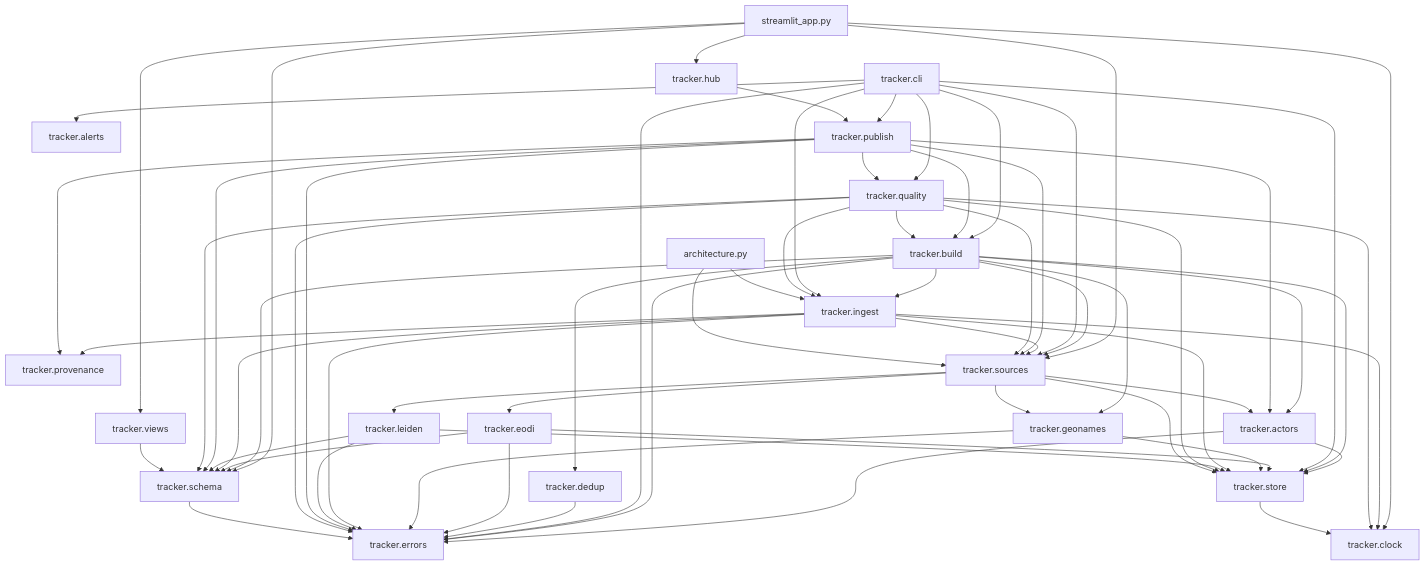
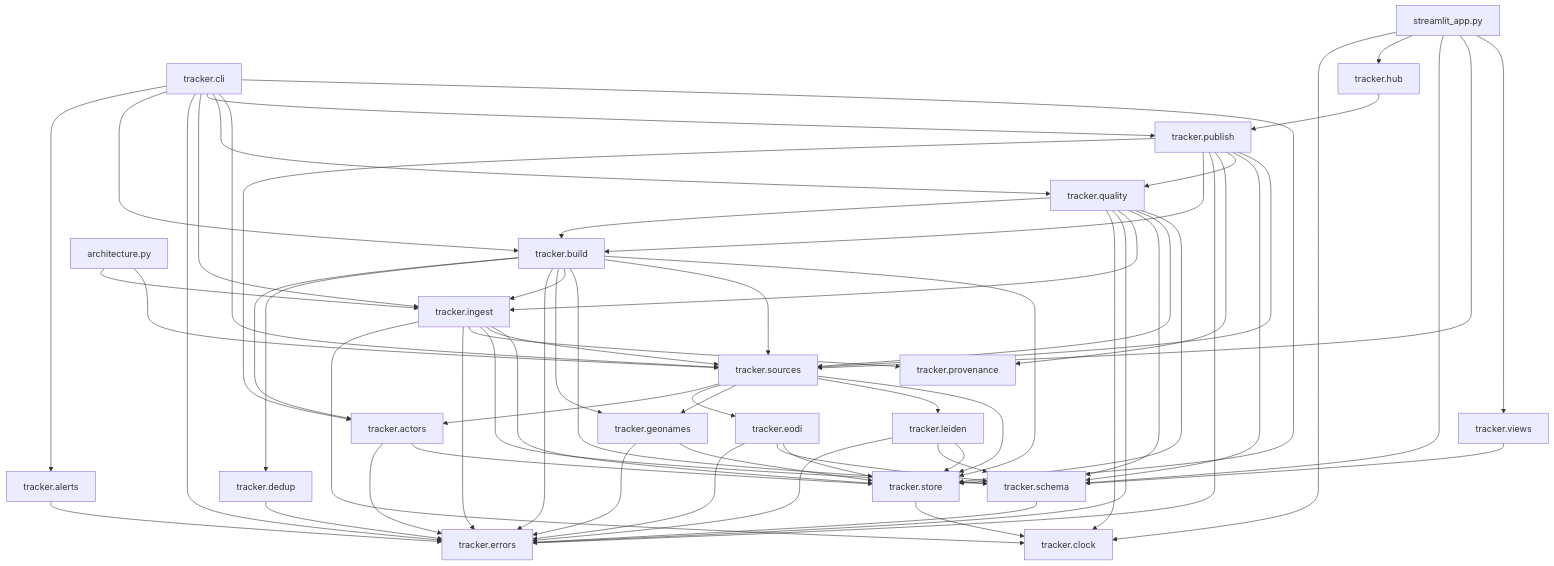
One commit to tryph0n/hybrid-tracker changed the third of 3 diagrams in docs/architecture.md. Above: the diagram before and after it, drawn with Mermaid. The commit also changed other lines of this file and 3 other files, not shown here.

```diff
--- a/docs/architecture.md
+++ b/docs/architecture.md
@@ -184,6 +187,7 @@
   module_streamlit_app_py --> module_tracker_views
   module_tracker_actors --> module_tracker_errors
   module_tracker_actors --> module_tracker_store
+  module_tracker_alerts --> module_tracker_errors
   module_tracker_build --> module_tracker_actors
   module_tracker_build --> module_tracker_dedup
   module_tracker_build --> module_tracker_errors
```
